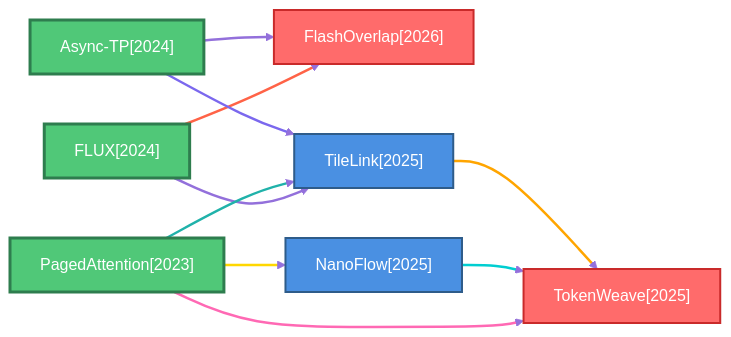
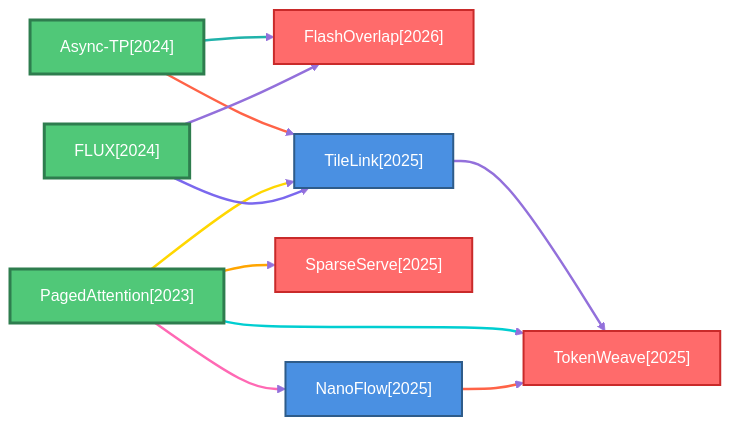
One commit to hustzxd/EfficientPaper changed the first of 6 diagrams in docs/baseline_methods_graph.md. Above: the diagram before and after it, drawn with Mermaid. The commit also changed other lines of this file and 11 other files, not shown here.

Commit message:
SparseServe

````diff
--- a/docs/baseline_methods_graph.md
+++ b/docs/baseline_methods_graph.md
@@ -11,41 +11,45 @@
 ```mermaid
 flowchart LR
     classDef defaultNode fill:#4A90E2,stroke:#2E5C8A,stroke-width:2px,color:#fff
     classDef rootNode fill:#50C878,stroke:#2E7D4E,stroke-width:3px,color:#fff
     classDef leafNode fill:#FF6B6B,stroke:#C92A2A,stroke-width:2px,color:#fff
     linkStyle default stroke:#9370DB,stroke-width:2px
 
+    2025_TokenWeave["TokenWeave[2025]"]
+    class 2025_TokenWeave leafNode
+    2026_FlashOverlap["FlashOverlap[2026]"]
+    class 2026_FlashOverlap leafNode
+    2025_TileLink["TileLink[2025]"]
+    class 2025_TileLink defaultNode
+    2025_SparseServe["SparseServe[2025]"]
+    class 2025_SparseServe leafNode
+    2024_Async_TP["Async-TP[2024]"]
+    class 2024_Async_TP rootNode
+    2023_PagedAttention["PagedAttention[2023]"]
+    class 2023_PagedAttention rootNode
     2024_FLUX["FLUX[2024]"]
     class 2024_FLUX rootNode
-    2026_FlashOverlap["FlashOverlap[2026]"]
-    class 2026_FlashOverlap leafNode
-    2023_PagedAttention["PagedAttention[2023]"]
-    class 2023_PagedAttention rootNode
-    2025_TokenWeave["TokenWeave[2025]"]
-    class 2025_TokenWeave leafNode
     2025_NanoFlow["NanoFlow[2025]"]
     class 2025_NanoFlow defaultNode
-    2025_TileLink["TileLink[2025]"]
-    class 2025_TileLink defaultNode
-    2024_Async_TP["Async-TP[2024]"]
-    class 2024_Async_TP rootNode
 
+    2025_TileLink ==>|" "| 2025_TokenWeave
+    linkStyle 0 stroke:#9370DB,stroke-width:2.5px
+    2024_Async_TP ==>|" "| 2025_TileLink
+    linkStyle 1 stroke:#FF6347,stroke-width:2.5px
+    2024_Async_TP ==>|" "| 2026_FlashOverlap
+    linkStyle 2 stroke:#20B2AA,stroke-width:2.5px
+    2023_PagedAttention ==>|" "| 2025_TileLink
+    linkStyle 3 stroke:#FFD700,stroke-width:2.5px
+    2023_PagedAttention ==>|" "| 2025_NanoFlow
+    linkStyle 4 stroke:#FF69B4,stroke-width:2.5px
+    2023_PagedAttention ==>|" "| 2025_TokenWeave
+    linkStyle 5 stroke:#00CED1,stroke-width:2.5px
+    2023_PagedAttention ==>|" "| 2025_SparseServe
+    linkStyle 6 stroke:#FFA500,stroke-width:2.5px
     2024_FLUX ==>|" "| 2025_TileLink
-    linkStyle 0 stroke:#9370DB,stroke-width:2.5px
+    linkStyle 7 stroke:#7B68EE,stroke-width:2.5px
     2024_FLUX ==>|" "| 2026_FlashOverlap
-    linkStyle 1 stroke:#FF6347,stroke-width:2.5px
-    2023_PagedAttention ==>|" "| 2025_TileLink
-    linkStyle 2 stroke:#20B2AA,stroke-width:2.5px
-    2023_PagedAttention ==>|" "| 2025_NanoFlow
-    linkStyle 3 stroke:#FFD700,stroke-width:2.5px
-    2023_PagedAttention ==>|" "| 2025_TokenWeave
-    linkStyle 4 stroke:#FF69B4,stroke-width:2.5px
+    linkStyle 8 stroke:#9370DB,stroke-width:2.5px
     2025_NanoFlow ==>|" "| 2025_TokenWeave
-    linkStyle 5 stroke:#00CED1,stroke-width:2.5px
-    2025_TileLink ==>|" "| 2025_TokenWeave
-    linkStyle 6 stroke:#FFA500,stroke-width:2.5px
-    2024_Async_TP ==>|" "| 2025_TileLink
-    linkStyle 7 stroke:#7B68EE,stroke-width:2.5px
-    2024_Async_TP ==>|" "| 2026_FlashOverlap
-    linkStyle 8 stroke:#9370DB,stroke-width:2.5px
+    linkStyle 9 stroke:#FF6347,stroke-width:2.5px
 ```
````
